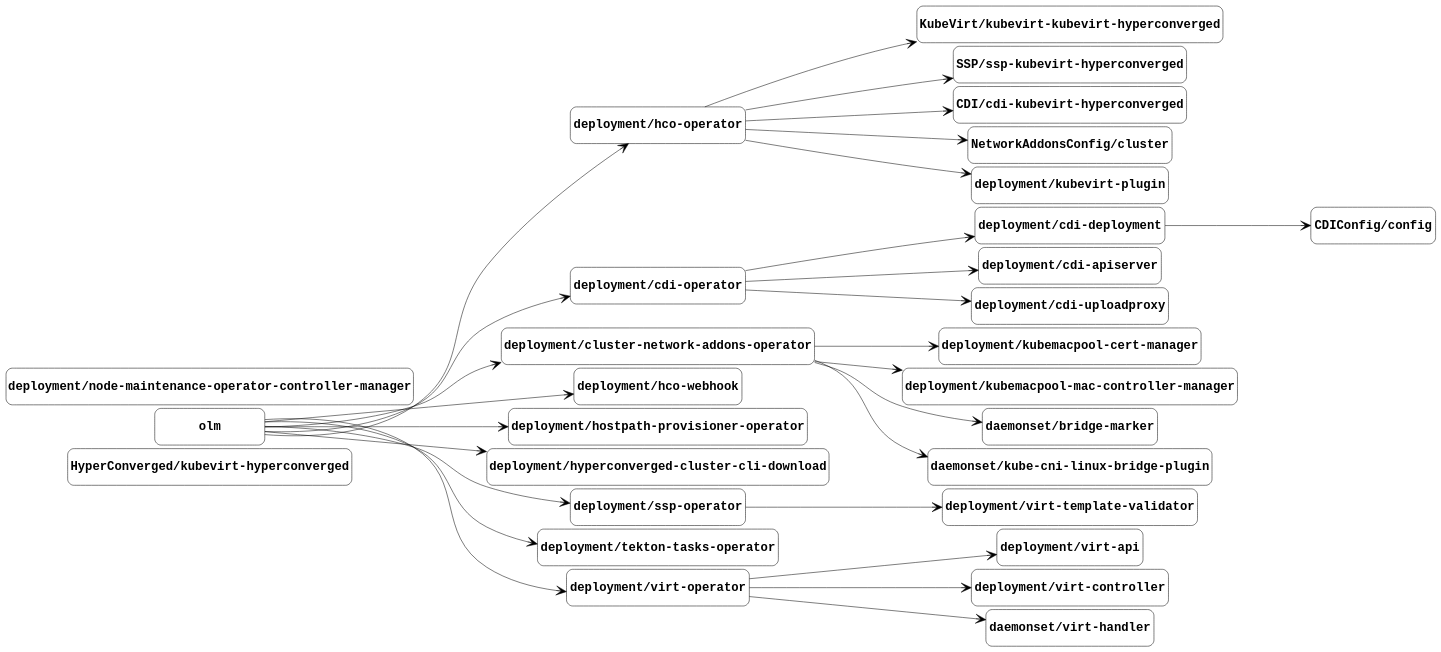
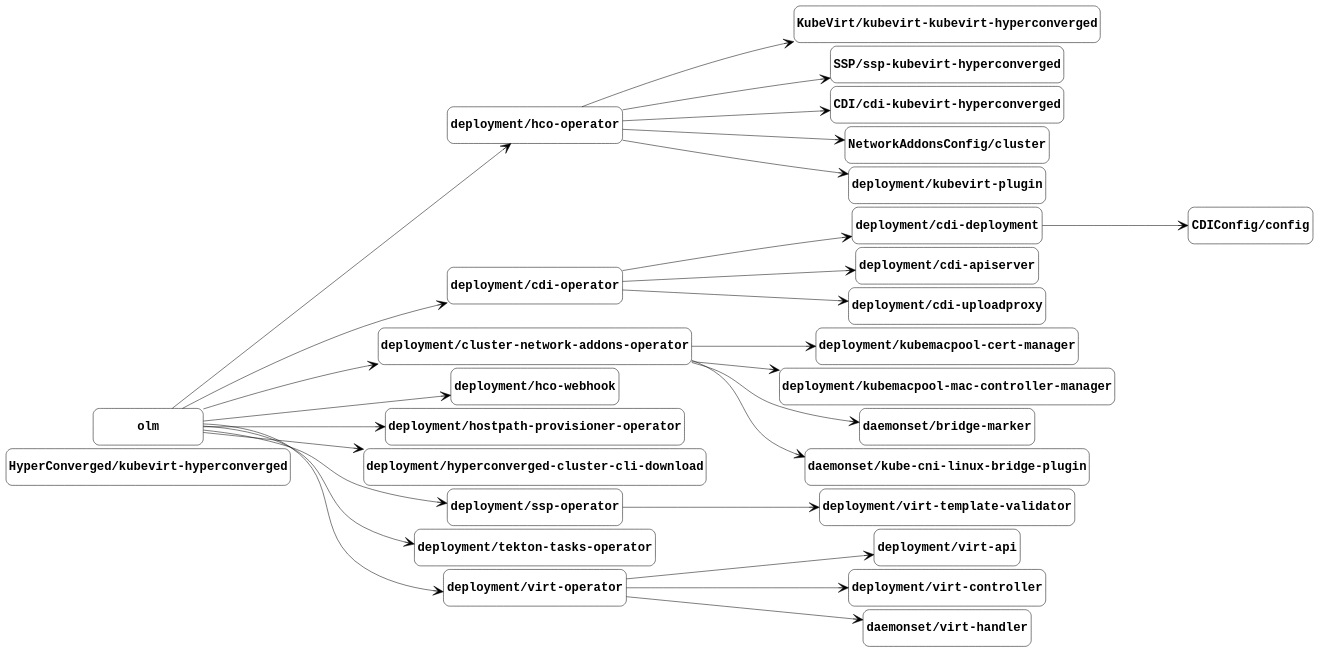
One commit to kubevirt/kubevirt changed the diagram in docs/managed-by.gv. Above: the diagram before and after it, drawn with Graphviz. The commit also changed 3 other files, not shown here.

Commit message:
Update component graphs from the nightly job (#1964)

```diff
--- a/docs/managed-by.gv
+++ b/docs/managed-by.gv
@@ -1,85 +1,84 @@
 digraph "managed-by" {
 	graph [center=true margin=0.2 nodesep=0.1 rankdir=LR ranksep=2]
 	node [fontname="Courier-Bold" fontsize=24 height=1 shape=box style=rounded width=3]
 	edge [arrowhead=vee arrowsize=2]
 	"HyperConverged/kubevirt-hyperconverged" [label="HyperConverged/kubevirt-hyperconverged"]
 	"KubeVirt/kubevirt-kubevirt-hyperconverged" [label="KubeVirt/kubevirt-kubevirt-hyperconverged"]
 	"deployment/hco-operator" [label="deployment/hco-operator"]
 	"deployment/hco-operator" -> "KubeVirt/kubevirt-kubevirt-hyperconverged"
 	"SSP/ssp-kubevirt-hyperconverged" [label="SSP/ssp-kubevirt-hyperconverged"]
 	"deployment/hco-operator" [label="deployment/hco-operator"]
 	"deployment/hco-operator" -> "SSP/ssp-kubevirt-hyperconverged"
 	"CDI/cdi-kubevirt-hyperconverged" [label="CDI/cdi-kubevirt-hyperconverged"]
 	"deployment/hco-operator" [label="deployment/hco-operator"]
 	"deployment/hco-operator" -> "CDI/cdi-kubevirt-hyperconverged"
 	"CDIConfig/config" [label="CDIConfig/config"]
 	"deployment/cdi-deployment" [label="deployment/cdi-deployment"]
 	"deployment/cdi-deployment" -> "CDIConfig/config"
 	"NetworkAddonsConfig/cluster" [label="NetworkAddonsConfig/cluster"]
 	"deployment/hco-operator" [label="deployment/hco-operator"]
 	"deployment/hco-operator" -> "NetworkAddonsConfig/cluster"
 	"deployment/cdi-apiserver" [label="deployment/cdi-apiserver"]
 	"deployment/cdi-operator" [label="deployment/cdi-operator"]
 	"deployment/cdi-operator" -> "deployment/cdi-apiserver"
 	"deployment/cdi-deployment" [label="deployment/cdi-deployment"]
 	"deployment/cdi-operator" [label="deployment/cdi-operator"]
 	"deployment/cdi-operator" -> "deployment/cdi-deployment"
 	"deployment/cdi-operator" [label="deployment/cdi-operator"]
 	olm [label=olm]
 	olm -> "deployment/cdi-operator"
 	"deployment/cdi-uploadproxy" [label="deployment/cdi-uploadproxy"]
 	"deployment/cdi-operator" [label="deployment/cdi-operator"]
 	"deployment/cdi-operator" -> "deployment/cdi-uploadproxy"
 	"deployment/cluster-network-addons-operator" [label="deployment/cluster-network-addons-operator"]
 	olm [label=olm]
 	olm -> "deployment/cluster-network-addons-operator"
 	"deployment/hco-operator" [label="deployment/hco-operator"]
 	olm [label=olm]
 	olm -> "deployment/hco-operator"
 	"deployment/hco-webhook" [label="deployment/hco-webhook"]
 	olm [label=olm]
 	olm -> "deployment/hco-webhook"
 	"deployment/hostpath-provisioner-operator" [label="deployment/hostpath-provisioner-operator"]
 	olm [label=olm]
 	olm -> "deployment/hostpath-provisioner-operator"
 	"deployment/hyperconverged-cluster-cli-download" [label="deployment/hyperconverged-cluster-cli-download"]
 	olm [label=olm]
 	olm -> "deployment/hyperconverged-cluster-cli-download"
 	"deployment/kubemacpool-cert-manager" [label="deployment/kubemacpool-cert-manager"]
 	"deployment/cluster-network-addons-operator" [label="deployment/cluster-network-addons-operator"]
 	"deployment/cluster-network-addons-operator" -> "deployment/kubemacpool-cert-manager"
 	"deployment/kubemacpool-mac-controller-manager" [label="deployment/kubemacpool-mac-controller-manager"]
 	"deployment/cluster-network-addons-operator" [label="deployment/cluster-network-addons-operator"]
 	"deployment/cluster-network-addons-operator" -> "deployment/kubemacpool-mac-controller-manager"
 	"deployment/kubevirt-plugin" [label="deployment/kubevirt-plugin"]
 	"deployment/hco-operator" [label="deployment/hco-operator"]
 	"deployment/hco-operator" -> "deployment/kubevirt-plugin"
-	"deployment/node-maintenance-operator-controller-manager" [label="deployment/node-maintenance-operator-controller-manager"]
 	"deployment/ssp-operator" [label="deployment/ssp-operator"]
 	olm [label=olm]
 	olm -> "deployment/ssp-operator"
 	"deployment/tekton-tasks-operator" [label="deployment/tekton-tasks-operator"]
 	olm [label=olm]
 	olm -> "deployment/tekton-tasks-operator"
 	"deployment/virt-api" [label="deployment/virt-api"]
 	"deployment/virt-operator" [label="deployment/virt-operator"]
 	"deployment/virt-operator" -> "deployment/virt-api"
 	"deployment/virt-controller" [label="deployment/virt-controller"]
 	"deployment/virt-operator" [label="deployment/virt-operator"]
 	"deployment/virt-operator" -> "deployment/virt-controller"
 	"deployment/virt-operator" [label="deployment/virt-operator"]
 	olm [label=olm]
 	olm -> "deployment/virt-operator"
 	"deployment/virt-template-validator" [label="deployment/virt-template-validator"]
 	"deployment/ssp-operator" [label="deployment/ssp-operator"]
 	"deployment/ssp-operator" -> "deployment/virt-template-validator"
 	"daemonset/bridge-marker" [label="daemonset/bridge-marker"]
 	"deployment/cluster-network-addons-operator" [label="deployment/cluster-network-addons-operator"]
 	"deployment/cluster-network-addons-operator" -> "daemonset/bridge-marker"
 	"daemonset/kube-cni-linux-bridge-plugin" [label="daemonset/kube-cni-linux-bridge-plugin"]
 	"deployment/cluster-network-addons-operator" [label="deployment/cluster-network-addons-operator"]
 	"deployment/cluster-network-addons-operator" -> "daemonset/kube-cni-linux-bridge-plugin"
 	"daemonset/virt-handler" [label="daemonset/virt-handler"]
 	"deployment/virt-operator" [label="deployment/virt-operator"]
 	"deployment/virt-operator" -> "daemonset/virt-handler"
 }
```
